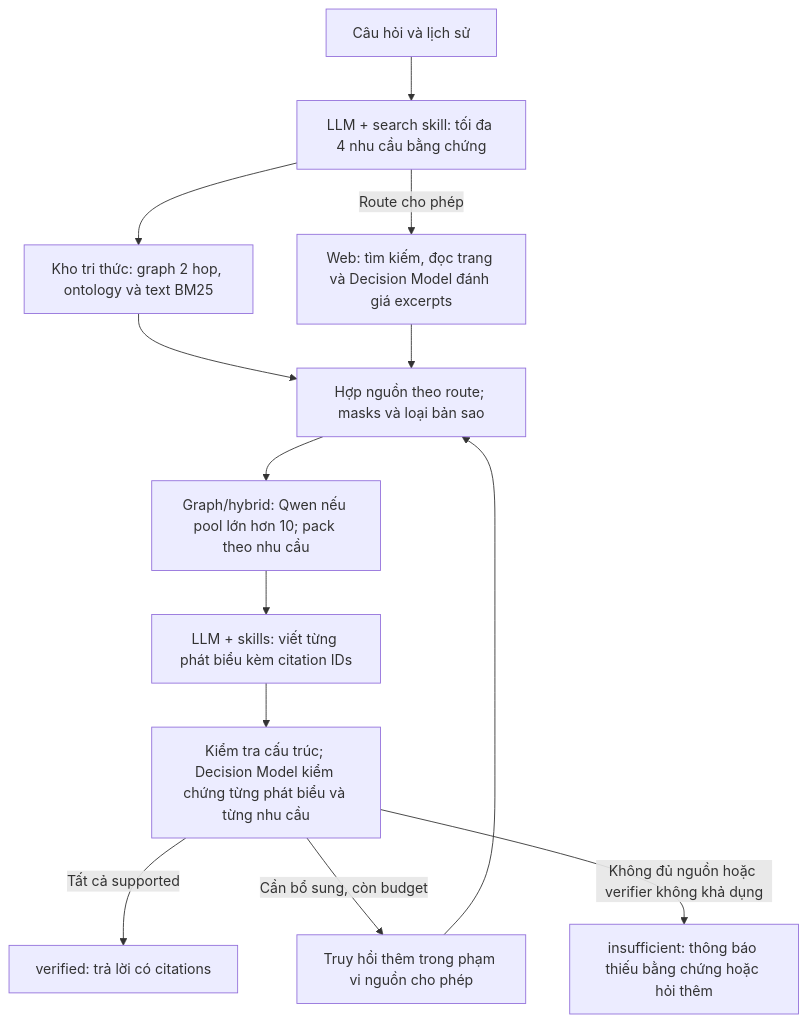
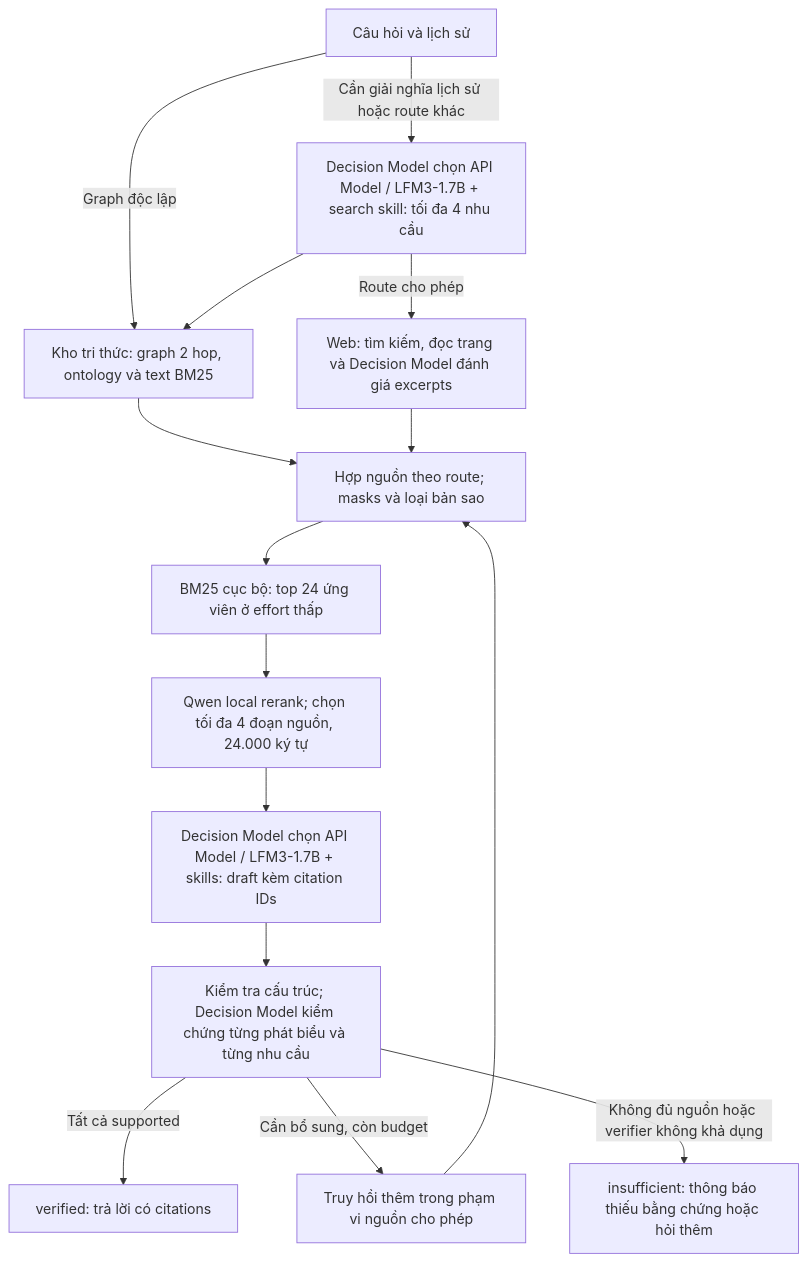
The third of 3 diagrams in README.md (Bintaplaptrinh/Vietnamese-Traditional-Medicine-Chatbot), drawn with Mermaid before and after one commit. The commit also changed other lines of this file and 56 other files, not shown here.

````diff
--- a/README.md
+++ b/README.md
@@ -88,15 +146,17 @@
 ```mermaid
 flowchart TD
-    ASK["Câu hỏi và lịch sử"] --> PLAN["LLM + search skill: tối đa 4 nhu cầu bằng chứng"]
+    ASK["Câu hỏi và lịch sử"] -->|Graph độc lập| LOCAL
+    ASK -->|Cần giải nghĩa lịch sử hoặc route khác| PLAN["Decision Model chọn API Model / LFM3-1.7B + search skill: tối đa 4 nhu cầu"]
     PLAN --> LOCAL["Kho tri thức: graph 2 hop, ontology và text BM25"]
     PLAN -->|Route cho phép| WEB["Web: tìm kiếm, đọc trang và Decision Model đánh giá excerpts"]
     LOCAL --> POOL["Hợp nguồn theo route; masks và loại bản sao"]
     WEB --> POOL
-    POOL --> RANK["Graph/hybrid: Qwen nếu pool lớn hơn 10; pack theo nhu cầu"]
-    RANK --> DRAFT["LLM + skills: viết từng phát biểu kèm citation IDs"]
+    POOL --> SHORTLIST["BM25 cục bộ: top 24 ứng viên ở effort thấp"]
+    SHORTLIST --> RANK["Qwen local rerank; chọn tối đa 4 đoạn nguồn, 24.000 ký tự"]
+    RANK --> DRAFT["Decision Model chọn API Model / LFM3-1.7B + skills: draft kèm citation IDs"]
     DRAFT --> VERIFY["Kiểm tra cấu trúc; Decision Model kiểm chứng từng phát biểu và từng nhu cầu"]
     VERIFY -->|Tất cả supported| ANSWER["verified: trả lời có citations"]
     VERIFY -->|Cần bổ sung, còn budget| RETRY["Truy hồi thêm trong phạm vi nguồn cho phép"]
     RETRY --> POOL
     VERIFY -->|Không đủ nguồn hoặc verifier không khả dụng| MISSING["insufficient: thông báo thiếu bằng chứng hoặc hỏi thêm"]
 ```
````
